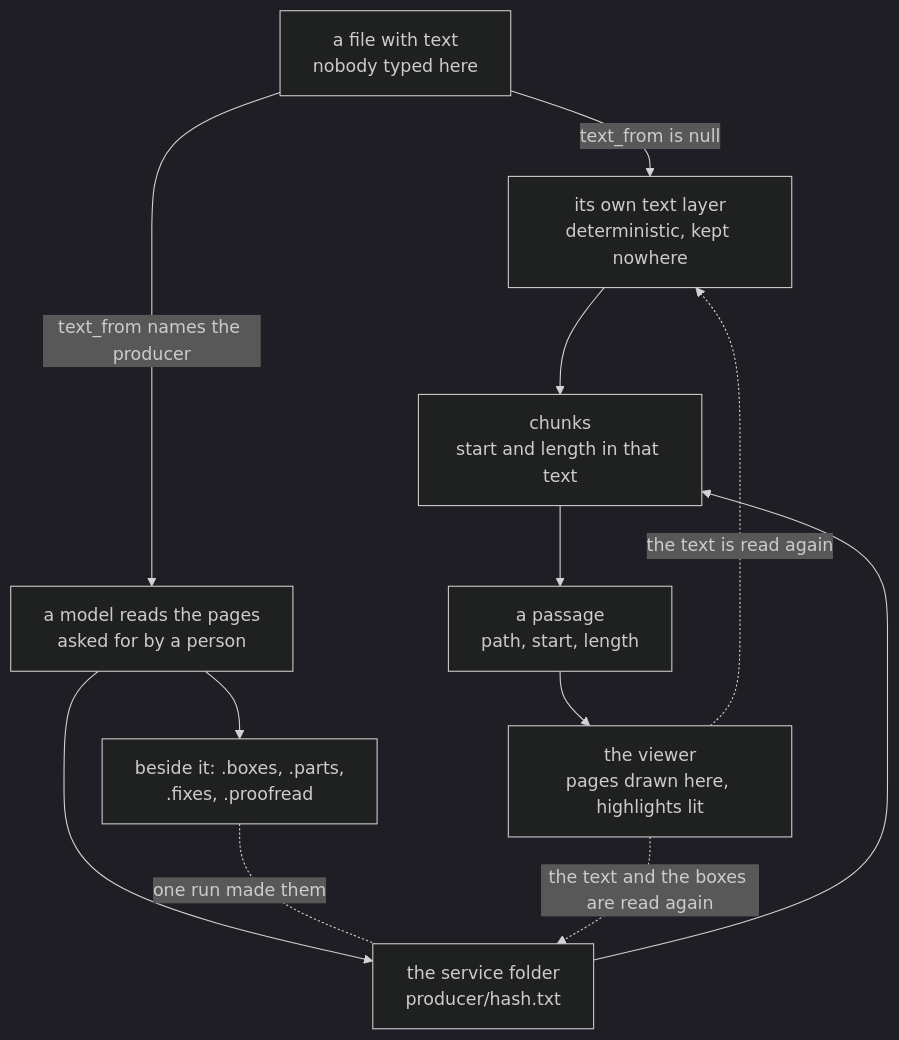
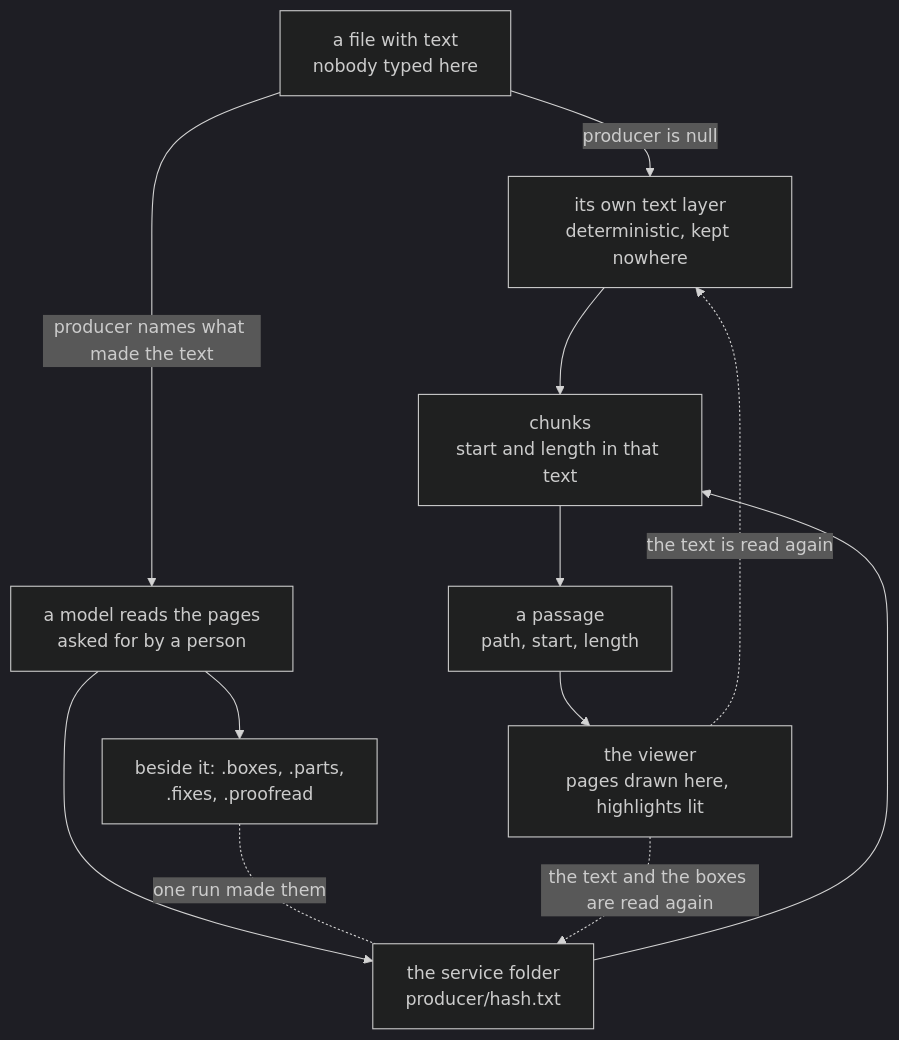
One commit to jiva-studio/numen changed the diagram in docs/adr/0015-a-books-text-is-a-cache-or-an-artifact.md. Above: the diagram before and after it, drawn with Mermaid (dark theme). The commit also changed other lines of this file, not shown here.

Commit message:
docs(adr): 0015 and 0016 call the column what it is called
The column is `producer`, and `text_from` is a name nothing but these two records
still holds.

Claude-Session: https://claude.ai/code/session_01LzZgHJHajmCE5AMreEKb5t

````diff
--- a/docs/adr/0015-a-books-text-is-a-cache-or-an-artifact.md
+++ b/docs/adr/0015-a-books-text-is-a-cache-or-an-artifact.md
@@ -16,23 +16,23 @@
 ```mermaid
 graph TD
     F["a file with text<br/>nobody typed here"]
     TL["its own text layer<br/>deterministic, kept nowhere"]
     R["a model reads the pages<br/>asked for by a person"]
     A["the service folder<br/>producer/hash.txt"]
     S["beside it: .boxes, .parts,<br/>.fixes, .proofread"]
     CH["chunks<br/>start and length in that text"]
     P["a passage<br/>path, start, length"]
     VW["the viewer<br/>pages drawn here, highlights lit"]
 
-    F -->|text_from is null| TL
-    F -->|text_from names the producer| R
+    F -->|producer is null| TL
+    F -->|producer names what made the text| R
     R --> A
     R --> S
     S -.one run made them.- A
     TL --> CH
     A --> CH
     CH --> P
     P --> VW
     VW -.the text is read again.-> TL
     VW -.the text and the boxes are read again.-> A
 ```
````
